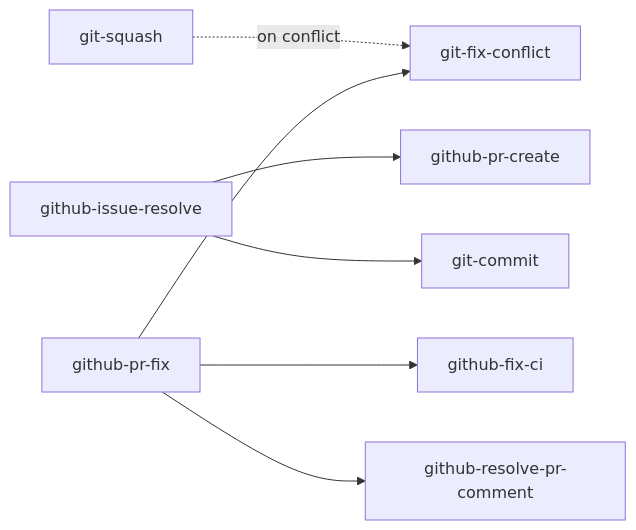
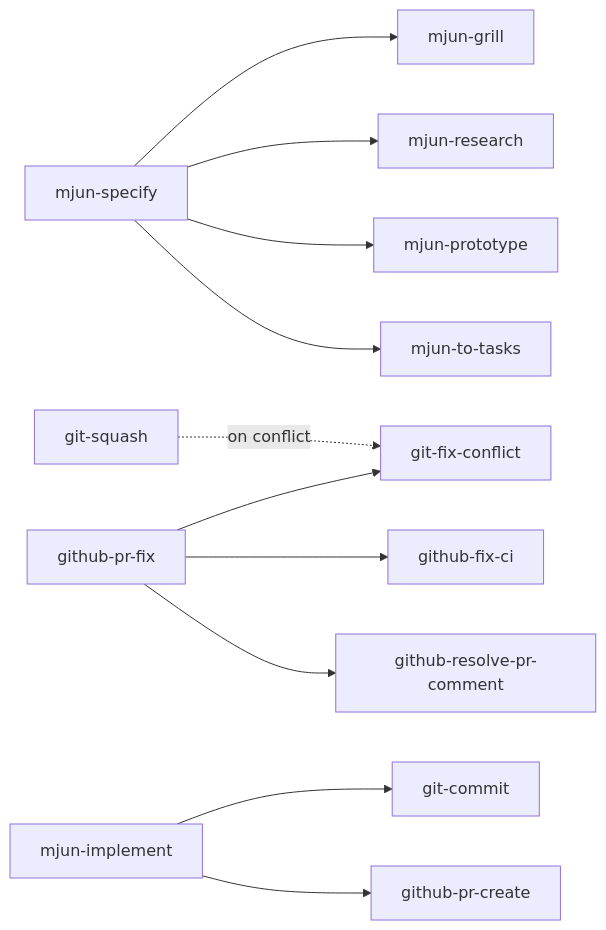
Before and after one commit to mjun0812/dotfiles: the diagram in doc/skills.md, drawn with Mermaid. The commit also changed other lines of this file and 2 other files, not shown here.

First line of the commit message:
docs: update skill docs for the mjun dev-flow suite

````diff
--- a/doc/skills.md
+++ b/doc/skills.md
@@ -99,13 +101,16 @@
 ```mermaid
 graph LR
     git-squash -. on conflict .-> git-fix-conflict
 
-    github-issue-resolve --> github-pr-create
-    github-issue-resolve --> git-commit
+    mjun-specify --> mjun-grill
+    mjun-specify --> mjun-research
+    mjun-specify --> mjun-prototype
+    mjun-specify --> mjun-to-tasks
 
-
+    mjun-implement --> git-commit
+    mjun-implement --> github-pr-create
 
     github-pr-fix --> git-fix-conflict
     github-pr-fix --> github-fix-ci
     github-pr-fix --> github-resolve-pr-comment
 ```
````
